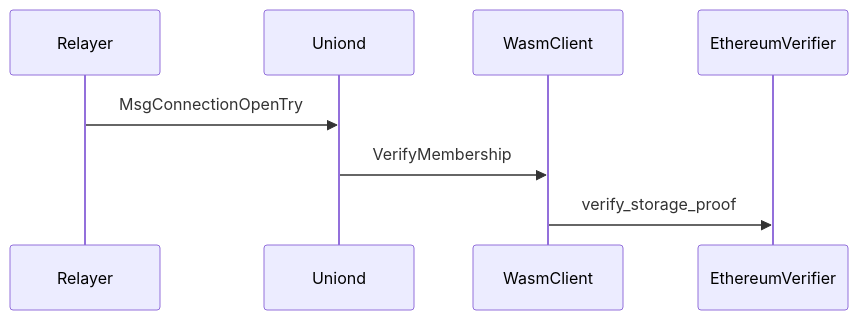
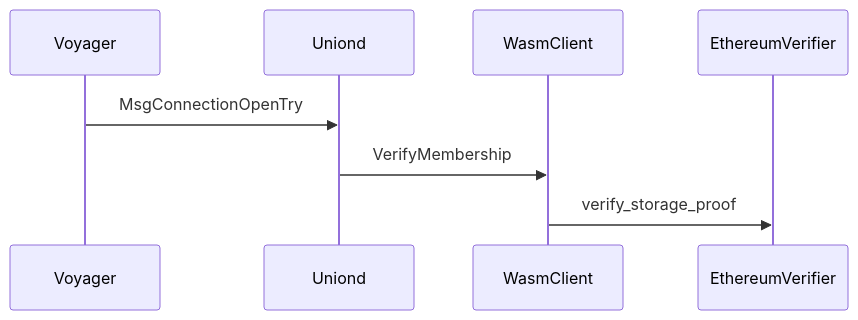
One commit to unionlabs/union changed the second of 2 diagrams in light-clients/ethereum-light-client/ARCHITECTURE.md. Above: the diagram before and after it, drawn with Mermaid. The commit also changed other lines of this file and 24 other files, not shown here.

Commit message:
feat!: rename relayer to voyager

````diff
--- a/light-clients/ethereum-light-client/ARCHITECTURE.md
+++ b/light-clients/ethereum-light-client/ARCHITECTURE.md
@@ -31,6 +31,6 @@
 ```mermaid
 sequenceDiagram
-    Relayer->>Uniond: MsgConnectionOpenTry
+    Voyager->>Uniond: MsgConnectionOpenTry
     Uniond->>WasmClient: VerifyMembership
     WasmClient->>EthereumVerifier: verify_storage_proof
 ```
````
